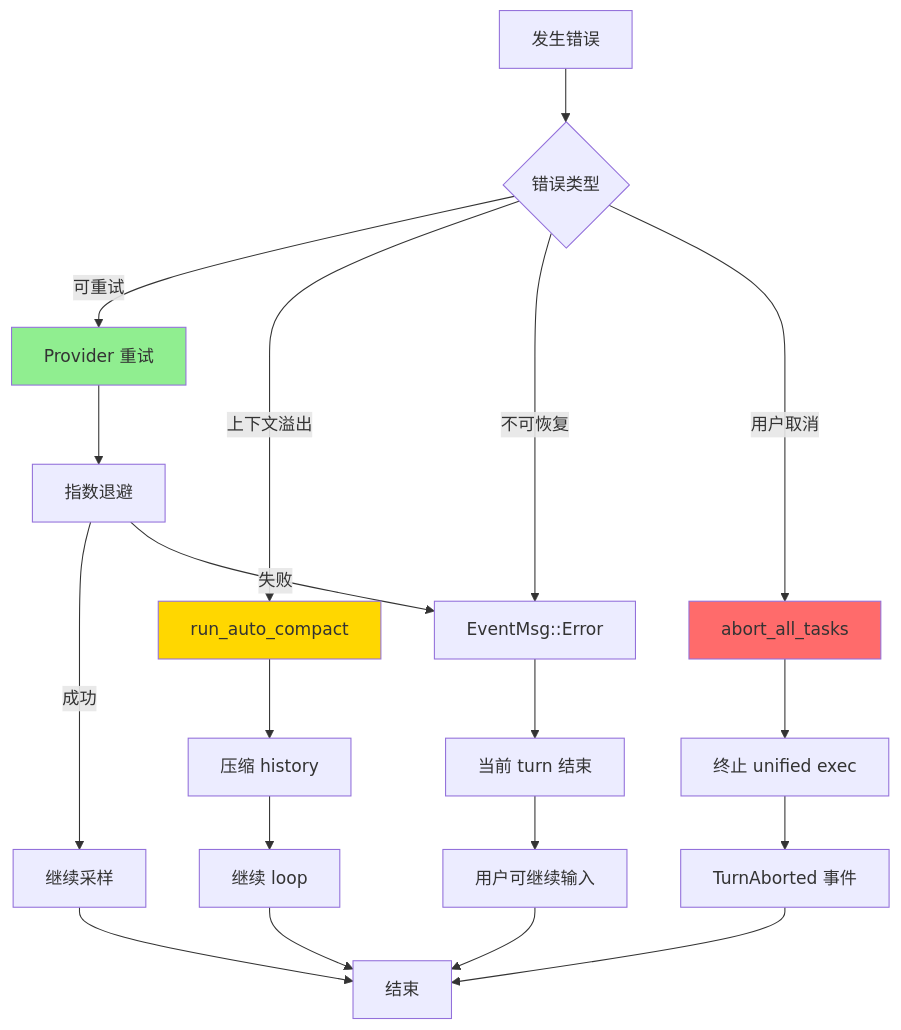
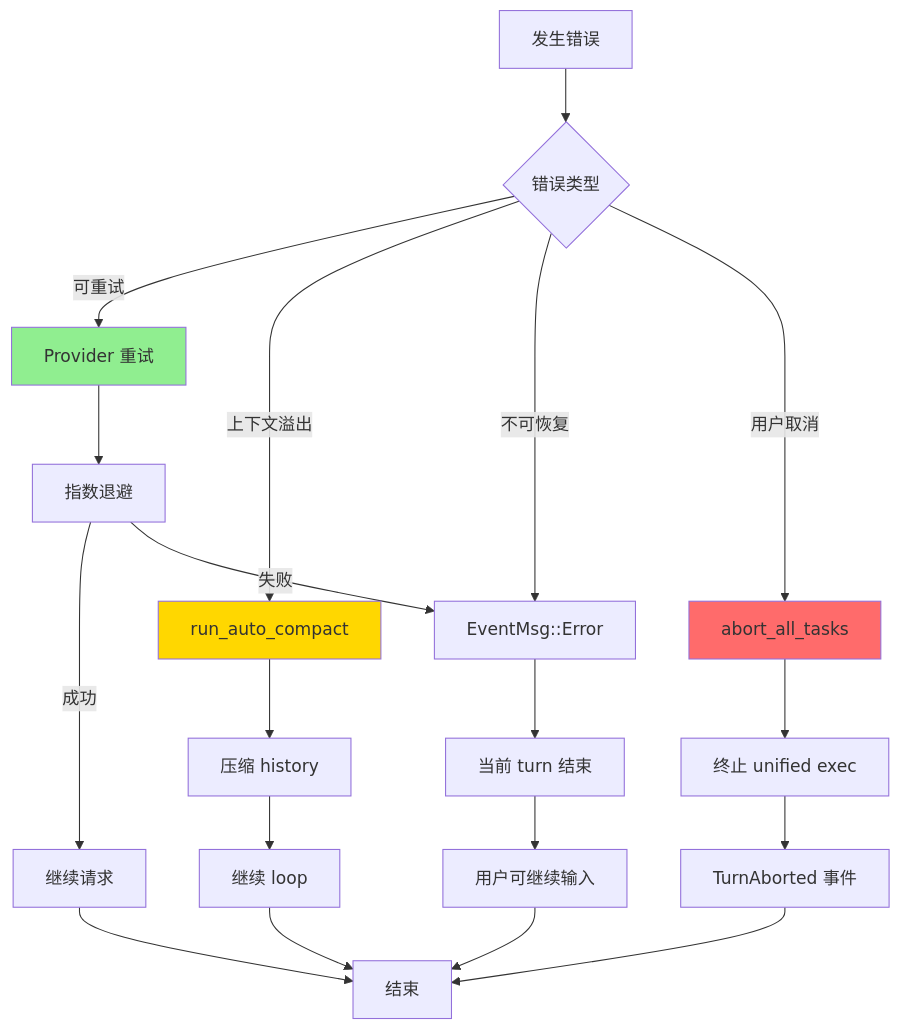
Before and after one commit to giraffe-tree/agent-base: the seventh of 12 diagrams in docs/codex/04-codex-agent-loop.md, drawn with Mermaid. The commit also changed other lines of this file and 2 other files, not shown here.

````diff
--- a/docs/codex/04-codex-agent-loop.md
+++ b/docs/codex/04-codex-agent-loop.md
@@ -403,31 +403,31 @@
 ```mermaid
 flowchart TD
     E[发生错误] --> E1{错误类型}
 
     E1 -->|可重试| R1[Provider 重试]
     E1 -->|上下文溢出| R2[run_auto_compact]
     E1 -->|不可恢复| R3[EventMsg::Error]
     E1 -->|用户取消| R4[abort_all_tasks]
 
     R1 --> R1A[指数退避]
-    R1A -->|成功| R1B[继续采样]
+    R1A -->|成功| R1B[继续请求]
     R1A -->|失败| R3
 
     R2 --> R2A[压缩 history]
     R2A --> R2B[继续 loop]
 
     R3 --> R3A[当前 turn 结束]
     R3A --> R3B[用户可继续输入]
 
     R4 --> R4A[终止 unified exec]
     R4A --> R4B[TurnAborted 事件]
 
     R1B --> End[结束]
     R2B --> End
     R3B --> End
     R4B --> End
 
     style R1 fill:#90EE90
     style R2 fill:#FFD700
     style R4 fill:#FF6B6B
 ```
````
